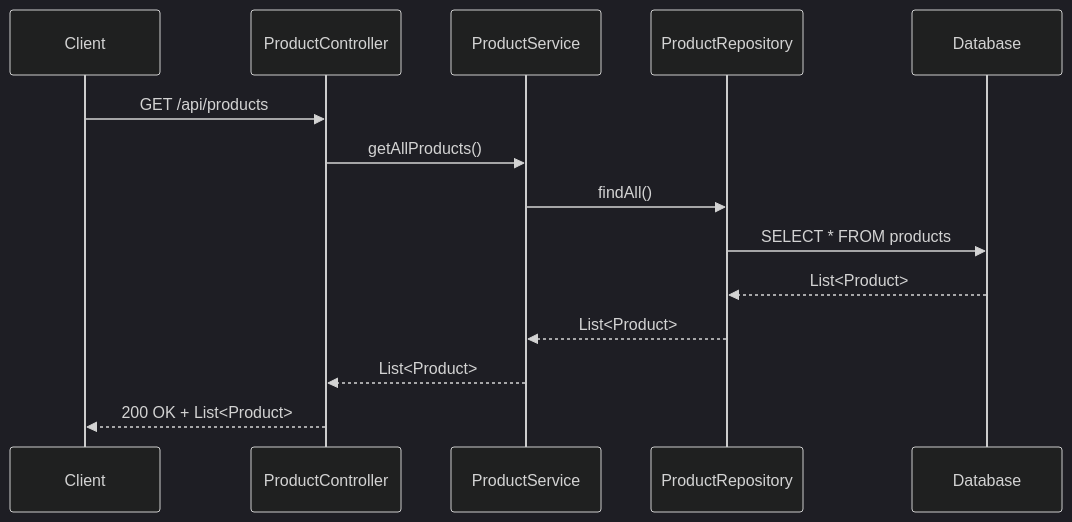
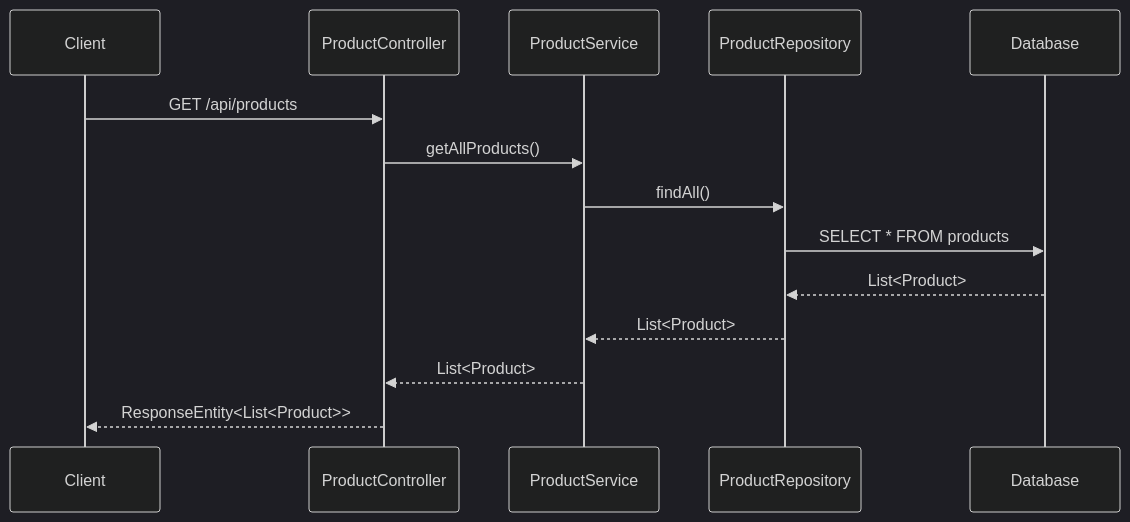
The fourth of 10 diagrams in docs/LLD/lld.md (NavneetBN47/aava-ecom-demo), drawn with Mermaid (dark theme) before and after one commit. The commit also changed other lines of this file, not shown here.

````diff
--- a/docs/LLD/lld.md
+++ b/docs/LLD/lld.md
@@ -111,17 +163,17 @@
 ```mermaid
 sequenceDiagram
     participant Client
     participant ProductController
     participant ProductService
     participant ProductRepository
     participant Database
     
     Client->>ProductController: GET /api/products
     ProductController->>ProductService: getAllProducts()
     ProductService->>ProductRepository: findAll()
     ProductRepository->>Database: SELECT * FROM products
     Database-->>ProductRepository: List<Product>
     ProductRepository-->>ProductService: List<Product>
     ProductService-->>ProductController: List<Product>
-    ProductController-->>Client: 200 OK + List<Product>
+    ProductController-->>Client: ResponseEntity<List<Product>>
 ```
````
